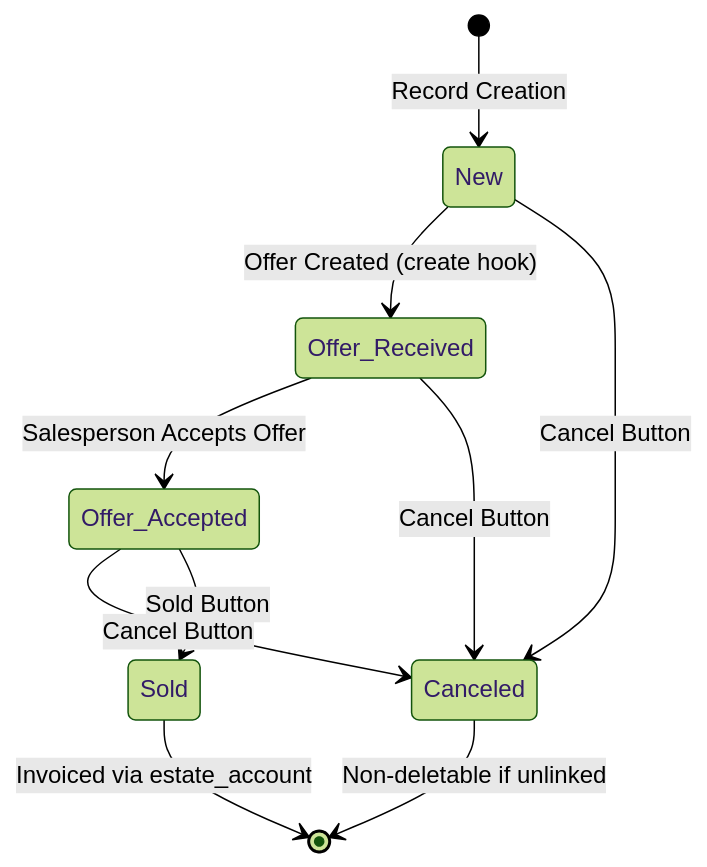
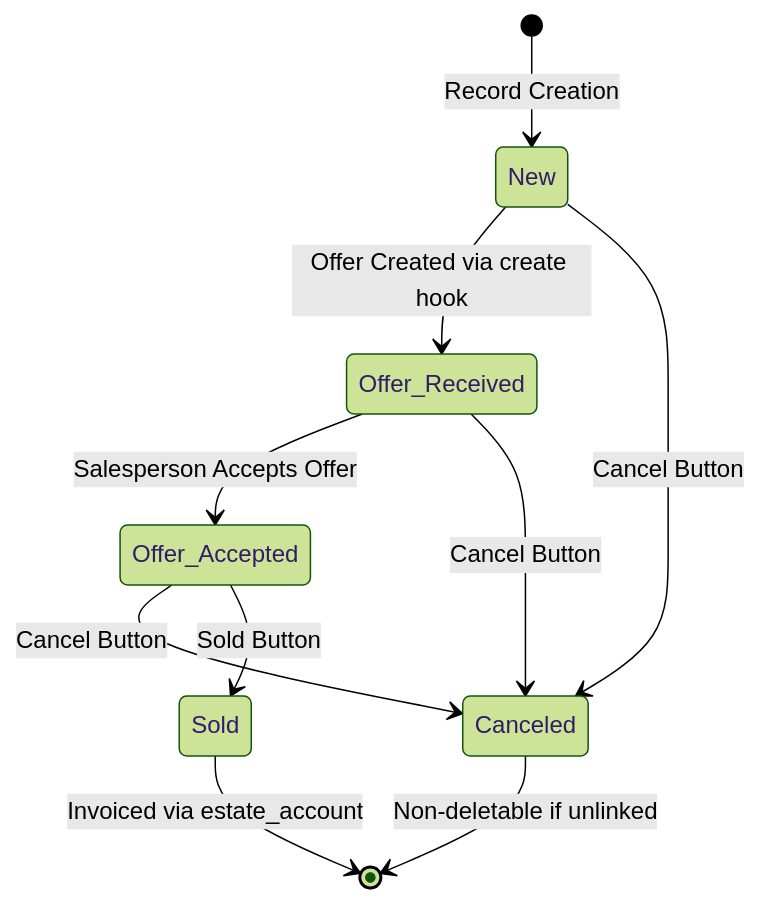
One commit to catmuf/Real-Estate-Odoo-19.4 changed the third of 4 diagrams in wiki/Architecture-and-Design.md. Above: the diagram before and after it, drawn with Mermaid (forest theme). The commit also changed 1 other file, not shown here.

Commit message:
Fix Mermaid flowchart link text to prevent parenthesis parsing error

````diff
--- a/wiki/Architecture-and-Design.md
+++ b/wiki/Architecture-and-Design.md
@@ -113,12 +113,12 @@
 ```mermaid
 stateDiagram-v2
     [*] --> New : Record Creation
-    New --> Offer_Received : Offer Created (create hook)
+    New --> Offer_Received : Offer Created via create hook
     Offer_Received --> Offer_Accepted : Salesperson Accepts Offer
     New --> Canceled : Cancel Button
     Offer_Received --> Canceled : Cancel Button
     Offer_Accepted --> Canceled : Cancel Button
     Offer_Accepted --> Sold : Sold Button
     Sold --> [*] : Invoiced via estate_account
     Canceled --> [*] : Non-deletable if unlinked
 ```
````
